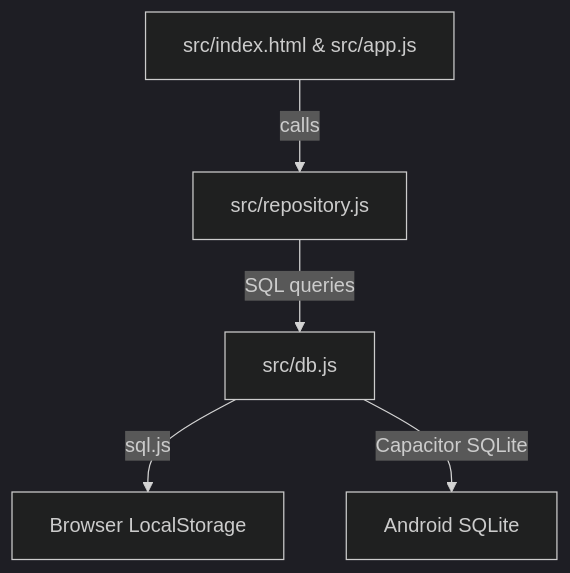
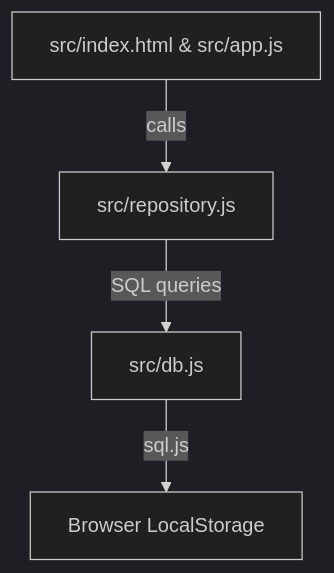
The diagram in .gsd/ARCHITECTURE.md (smurf-frank/chore_chart), drawn with Mermaid (dark theme) before and after one commit. The commit also changed other lines of this file and 73 other files, not shown here.

First line of the commit message:
eliminate Android and Capacitor native code (#54)

````diff
--- a/.gsd/ARCHITECTURE.md
+++ b/.gsd/ARCHITECTURE.md
@@ -9,7 +9,6 @@
 ```mermaid
 graph TD
     UI[src/index.html & src/app.js] -->|calls| Repository[src/repository.js]
     Repository -->|SQL queries| DB[src/db.js]
     DB -->|sql.js| WebStorage[Browser LocalStorage]
-    DB -->|Capacitor SQLite| NativeStorage[Android SQLite]
 ```
````
